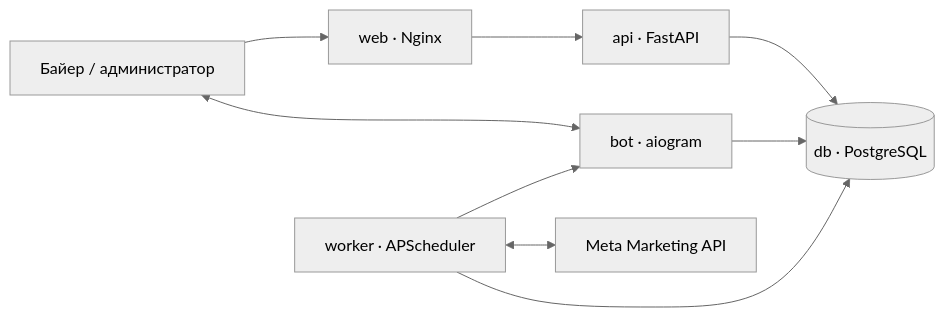
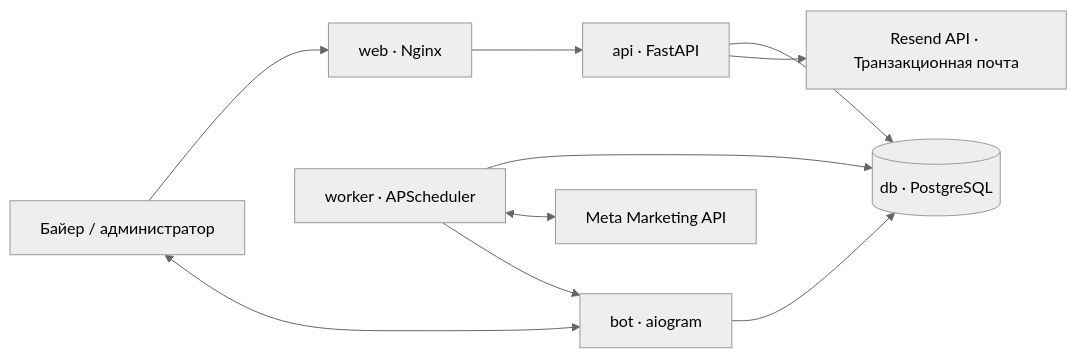
Before and after one commit to NPSolid-pixel/buyerly: the diagram in docs/ARCHITECTURE.md, drawn with Mermaid (neutral theme). The commit also changed other lines of this file and 4 other files, not shown here.

````diff
--- a/docs/ARCHITECTURE.md
+++ b/docs/ARCHITECTURE.md
@@ -5,11 +5,12 @@
 ```mermaid
 flowchart LR
     U[Байер / администратор] --> W[web · Nginx]
     W --> A[api · FastAPI]
     U <--> B[bot · aiogram]
     A --> D[(db · PostgreSQL)]
     B --> D
     R[worker · APScheduler] --> D
     R <--> M[Meta Marketing API]
     R --> B
+    A --> E[Resend API · Транзакционная почта]
 ```
````
